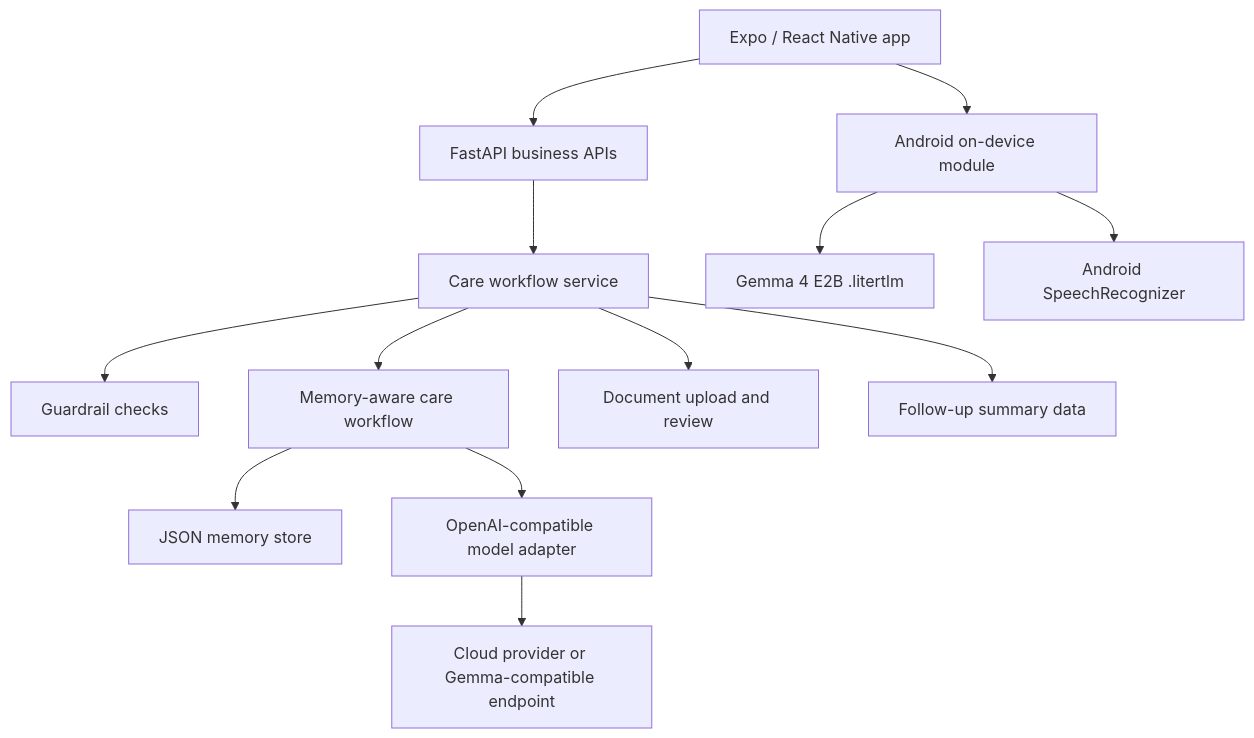
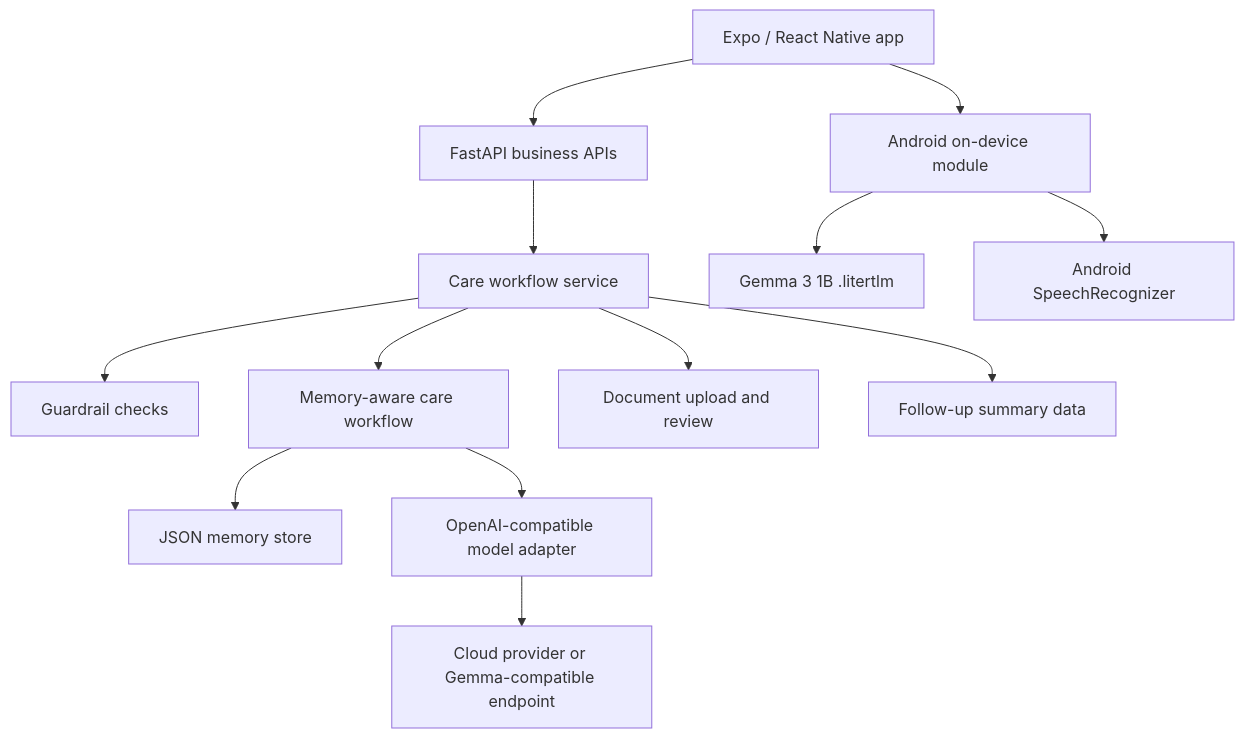
The diagram in README.md (hyczy0809/CareMind), drawn with Mermaid before and after one commit. The commit also changed other lines of this file and 13 other files, not shown here.

````diff
--- a/README.md
+++ b/README.md
@@ -313,15 +414,15 @@
 ```mermaid
 flowchart TD
     A["Expo / React Native app"] --> B["FastAPI business APIs"]
     B --> C["Care workflow service"]
     C --> D["Guardrail checks"]
     C --> E["Memory-aware care workflow"]
     C --> F["Document upload and review"]
     E --> G["JSON memory store"]
     E --> H["OpenAI-compatible model adapter"]
     H --> I["Cloud provider or Gemma-compatible endpoint"]
     A --> J["Android on-device module"]
-    J --> K["Gemma 4 E2B .litertlm"]
+    J --> K["Gemma 3 1B .litertlm"]
     J --> L["Android SpeechRecognizer"]
     C --> M["Follow-up summary data"]
 ```
````
